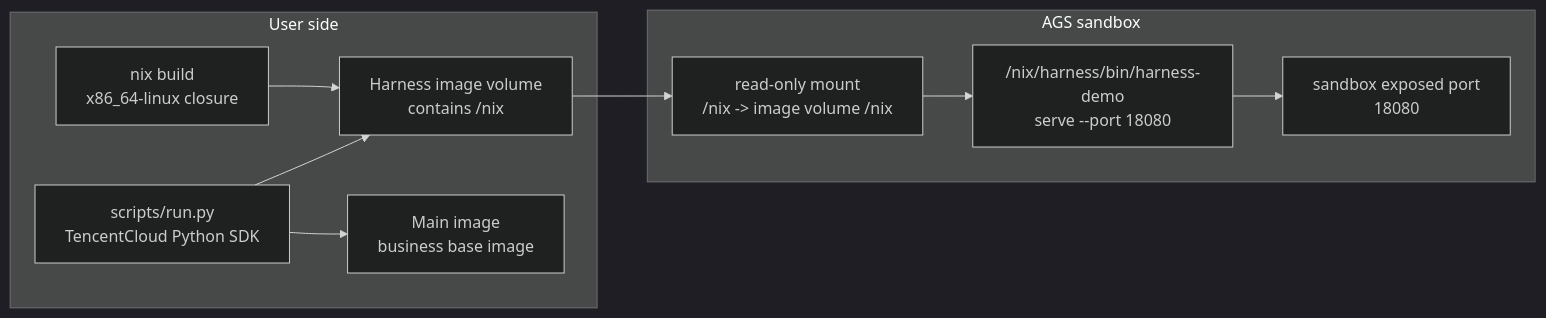
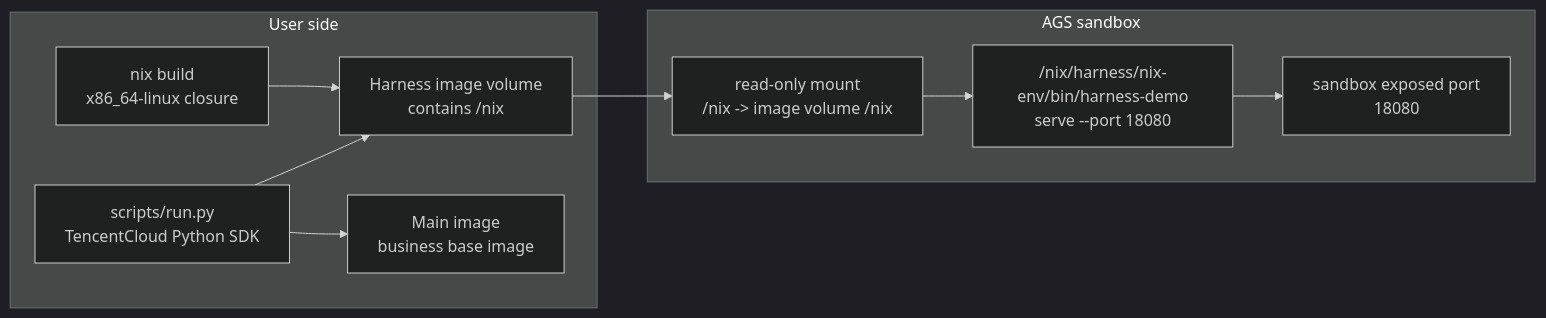
The diagram in examples/harness-nix-volume/README.md (TencentCloudAgentRuntime/ags-cookbook), drawn with Mermaid (dark theme) before and after one commit. The commit also changed other lines of this file and 7 other files, not shown here.

````diff
--- a/examples/harness-nix-volume/README.md
+++ b/examples/harness-nix-volume/README.md
@@ -9,22 +9,22 @@
 ```mermaid
 flowchart LR
   subgraph Local["User side"]
     Nix["nix build\nx86_64-linux closure"]
     VolumeImage["Harness image volume\ncontains /nix"]
     MainImage["Main image\nbusiness base image"]
     SDK["scripts/run.py\nTencentCloud Python SDK"]
   end
 
   subgraph AGS["AGS sandbox"]
     Mount["read-only mount\n/nix -> image volume /nix"]
-    Process["/nix/harness/bin/harness-demo\nserve --port 18080"]
+    Process["/nix/harness/nix-env/bin/harness-demo\nserve --port 18080"]
     Port["sandbox exposed port\n18080"]
   end
 
   Nix --> VolumeImage
   SDK --> MainImage
   SDK --> VolumeImage
   VolumeImage --> Mount
   Mount --> Process
   Process --> Port
 ```
````
